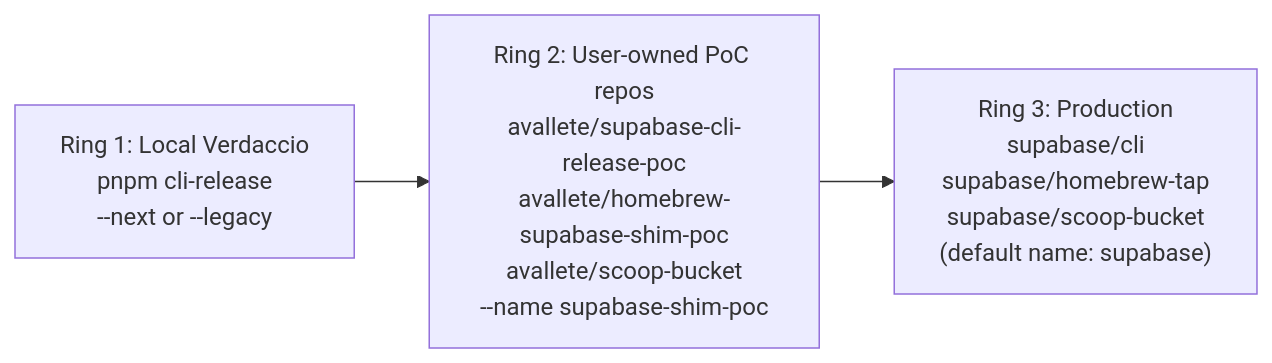
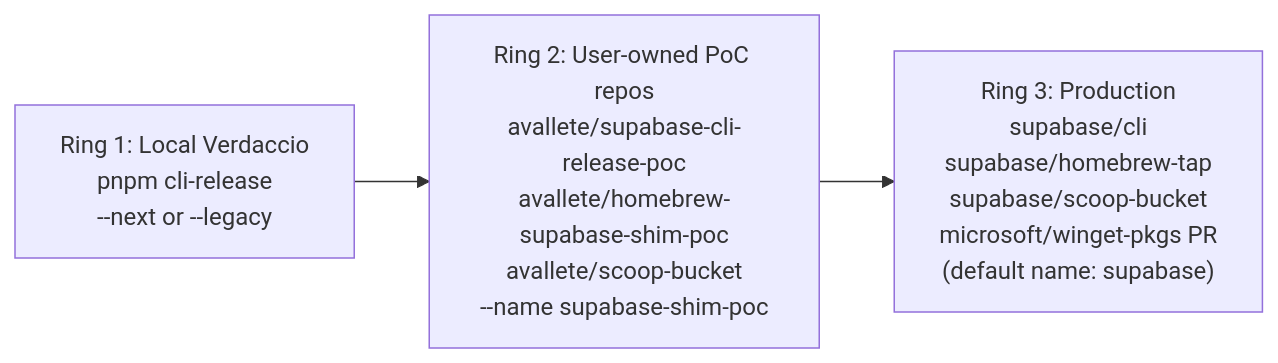
Before and after one commit to supabase/cli: the first of 2 diagrams in apps/cli/docs/release-process.md, drawn with Mermaid. The commit also changed other lines of this file and 6 other files, not shown here.

Commit message:
chore(cli): support Winget publishing

````diff
--- a/apps/cli/docs/release-process.md
+++ b/apps/cli/docs/release-process.md
@@ -9,8 +9,8 @@
 ```mermaid
 flowchart LR
     local["Ring 1: Local Verdaccio<br/>pnpm cli-release<br/>--next or --legacy"]
     poc["Ring 2: User-owned PoC repos<br/>avallete/supabase-cli-release-poc<br/>avallete/homebrew-supabase-shim-poc<br/>avallete/scoop-bucket<br/>--name supabase-shim-poc"]
-    prod["Ring 3: Production<br/>supabase/cli<br/>supabase/homebrew-tap<br/>supabase/scoop-bucket<br/>(default name: supabase)"]
+    prod["Ring 3: Production<br/>supabase/cli<br/>supabase/homebrew-tap<br/>supabase/scoop-bucket<br/>microsoft/winget-pkgs PR<br/>(default name: supabase)"]
 
     local --> poc --> prod
 ```
````
